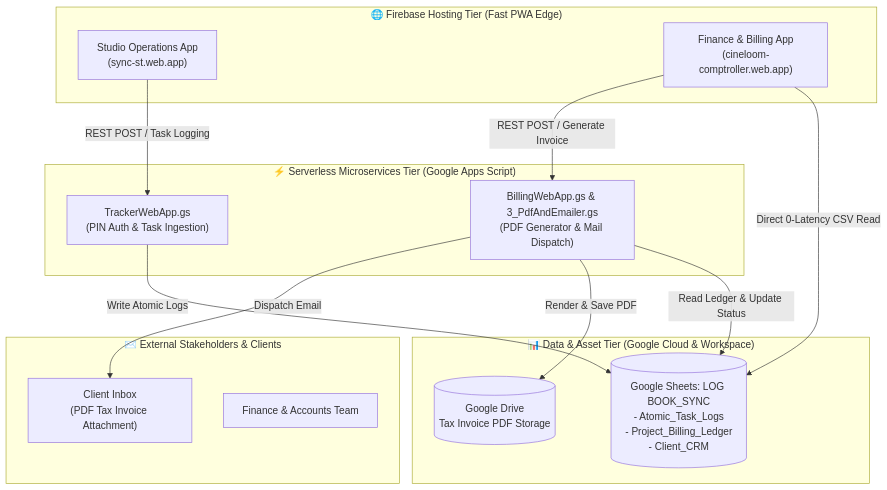
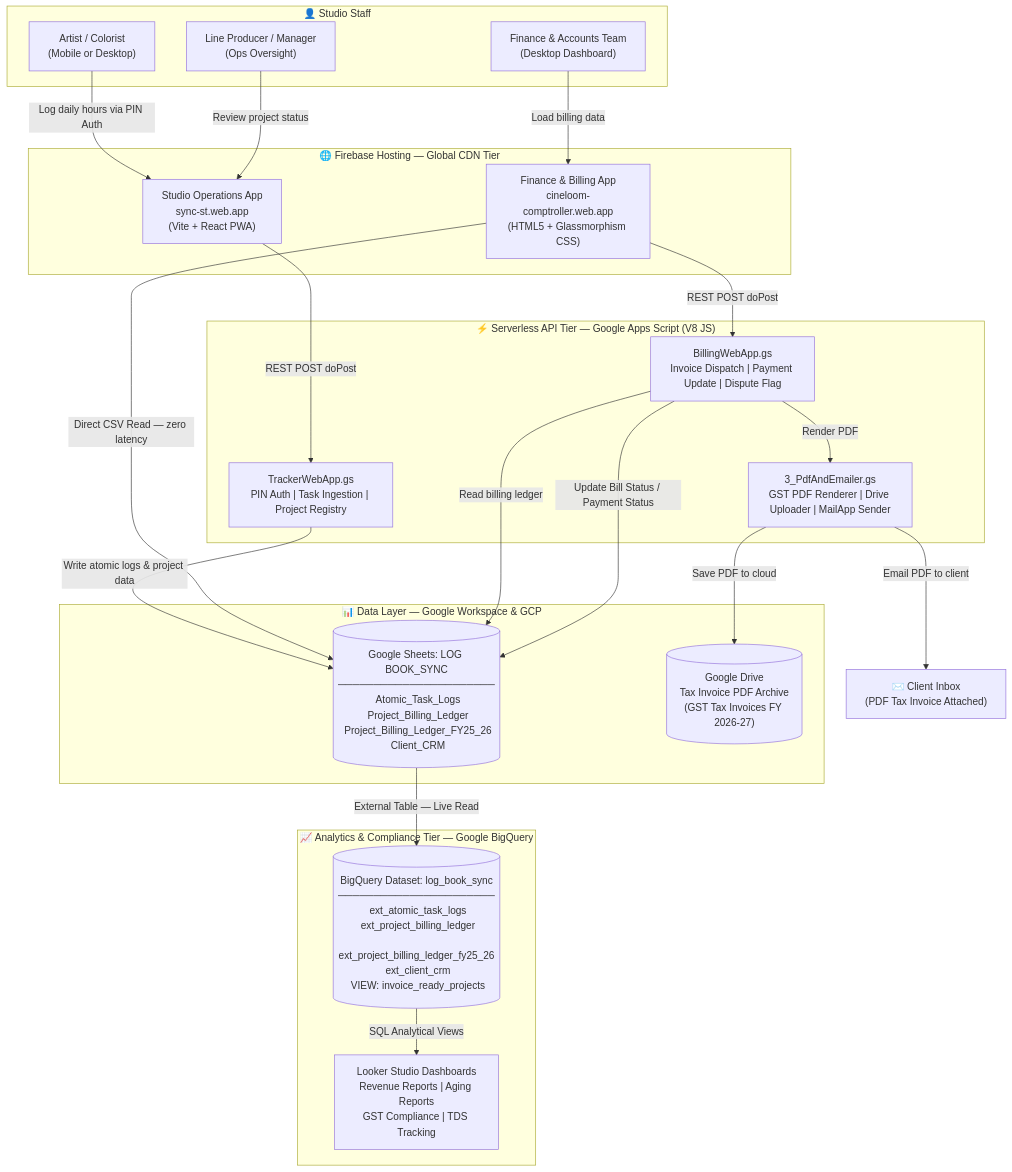
The first of 5 diagrams in documentation/SYSTEM_ARCHITECTURE_AND_OPERATIONS_MANUAL.md (samiransonowal/sync-st), drawn with Mermaid before and after one commit. The commit also changed other lines of this file, not shown here.

Commit message:
docs: expand System Architecture Manual v2.0 with detailed SOPs, BigQuery integration, lifecycle diagrams, and governance rules

````diff
--- a/documentation/SYSTEM_ARCHITECTURE_AND_OPERATIONS_MANUAL.md
+++ b/documentation/SYSTEM_ARCHITECTURE_AND_OPERATIONS_MANUAL.md
@@ -18,32 +30,46 @@
 ```mermaid
 flowchart TD
-    subgraph Frontend ["🌐 Firebase Hosting Tier (Fast PWA Edge)"]
-        OpsApp["Studio Operations App\n(sync-st.web.app)"]
-        FinApp["Finance & Billing App\n(cineloom-comptroller.web.app)"]
+    subgraph Staff ["👤 Studio Staff"]
+        Artist["Artist / Colorist\n(Mobile or Desktop)"]
+        FinanceUser["Finance & Accounts Team\n(Desktop Dashboard)"]
+        Manager["Line Producer / Manager\n(Ops Oversight)"]
     end
 
-    subgraph Storage ["📊 Data & Asset Tier (Google Cloud & Workspace)"]
-        MasterSheet[("Google Sheets: LOG BOOK_SYNC\n- Atomic_Task_Logs\n- Project_Billing_Ledger\n- Client_CRM")]
-        DriveStorage[("Google Drive\nTax Invoice PDF Storage")]
+    subgraph Apps ["🌐 Firebase Hosting — Global CDN Tier"]
+        OpsApp["Studio Operations App\nsync-st.web.app\n(Vite + React PWA)"]
+        FinApp["Finance & Billing App\ncineloom-comptroller.web.app\n(HTML5 + Glassmorphism CSS)"]
     end
 
-    subgraph Backend ["⚡ Serverless Microservices Tier (Google Apps Script)"]
-        TrackerGAS["TrackerWebApp.gs\n(PIN Auth & Task Ingestion)"]
-        BillingGAS["BillingWebApp.gs & 3_PdfAndEmailer.gs\n(PDF Generator & Mail Dispatch)"]
+    subgraph GAS ["⚡ Serverless API Tier — Google Apps Script (V8 JS)"]
+        TrackerGAS["TrackerWebApp.gs\nPIN Auth | Task Ingestion | Project Registry"]
+        BillingGAS["BillingWebApp.gs\nInvoice Dispatch | Payment Update | Dispute Flag"]
+        PdfGAS["3_PdfAndEmailer.gs\nGST PDF Renderer | Drive Uploader | MailApp Sender"]
     end
 
-    subgraph External ["✉️ External Stakeholders & Clients"]
-        ClientEmail["Client Inbox\n(PDF Tax Invoice Attachment)"]
-        FinanceTeam["Finance & Accounts Team"]
+    subgraph DataTier ["📊 Data Layer — Google Workspace & GCP"]
+        MasterSheet[("Google Sheets: LOG BOOK_SYNC\n──────────────────────\n Atomic_Task_Logs\n Project_Billing_Ledger\n Project_Billing_Ledger_FY25_26\n Client_CRM")]
+        DriveStorage[("Google Drive\nTax Invoice PDF Archive\n(GST Tax Invoices FY 2026-27)")]
     end
 
-    OpsApp -->|REST POST / Task Logging| TrackerGAS
-    TrackerGAS -->|Write Atomic Logs| MasterSheet
+    subgraph Analytics ["📈 Analytics & Compliance Tier — Google BigQuery"]
+        BQDataset[("BigQuery Dataset: log_book_sync\n──────────────────────\n ext_atomic_task_logs\n ext_project_billing_ledger\n ext_project_billing_ledger_fy25_26\n ext_client_crm\n VIEW: invoice_ready_projects")]
+        LookerStudio["Looker Studio Dashboards\nRevenue Reports | Aging Reports\nGST Compliance | TDS Tracking"]
+    end
 
-    FinApp -->|Direct 0-Latency CSV Read| MasterSheet
-    FinApp -->|REST POST / Generate Invoice| BillingGAS
-    
-    BillingGAS -->|Read Ledger & Update Status| MasterSheet
-    BillingGAS -->|Render & Save PDF| DriveStorage
-    BillingGAS -->|Dispatch Email| ClientEmail
+    Artist -->|Log daily hours via PIN Auth| OpsApp
+    Manager -->|Review project status| OpsApp
+    OpsApp -->|REST POST doPost| TrackerGAS
+    TrackerGAS -->|Write atomic logs & project data| MasterSheet
+
+    FinanceUser -->|Load billing data| FinApp
+    FinApp -->|Direct CSV Read — zero latency| MasterSheet
+    FinApp -->|REST POST doPost| BillingGAS
+    BillingGAS -->|Read billing ledger| MasterSheet
+    BillingGAS -->|Render PDF| PdfGAS
+    PdfGAS -->|Save PDF to cloud| DriveStorage
+    PdfGAS -->|Email PDF to client| ClientInbox["✉️ Client Inbox\n(PDF Tax Invoice Attached)"]
+    BillingGAS -->|Update Bill Status / Payment Status| MasterSheet
+
+    MasterSheet -->|External Table — Live Read| BQDataset
+    BQDataset -->|SQL Analytical Views| LookerStudio
 ```
````
